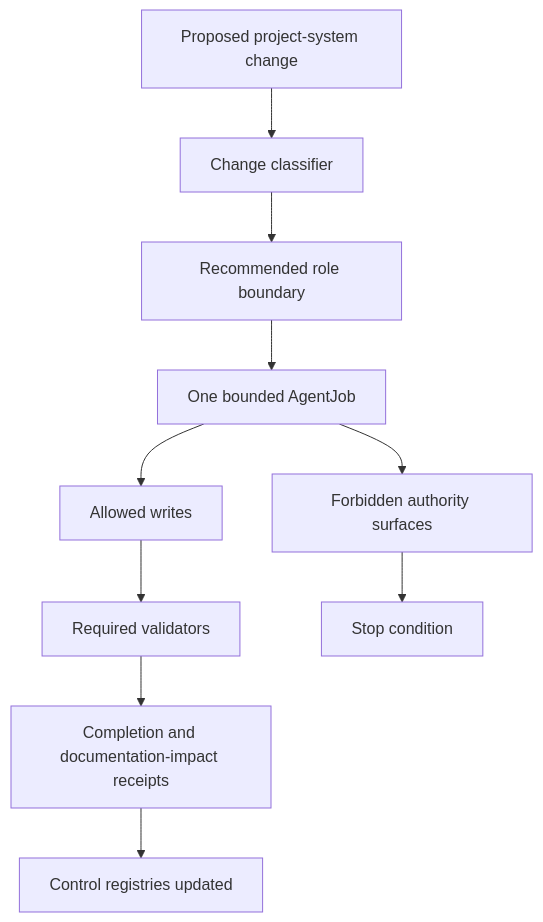
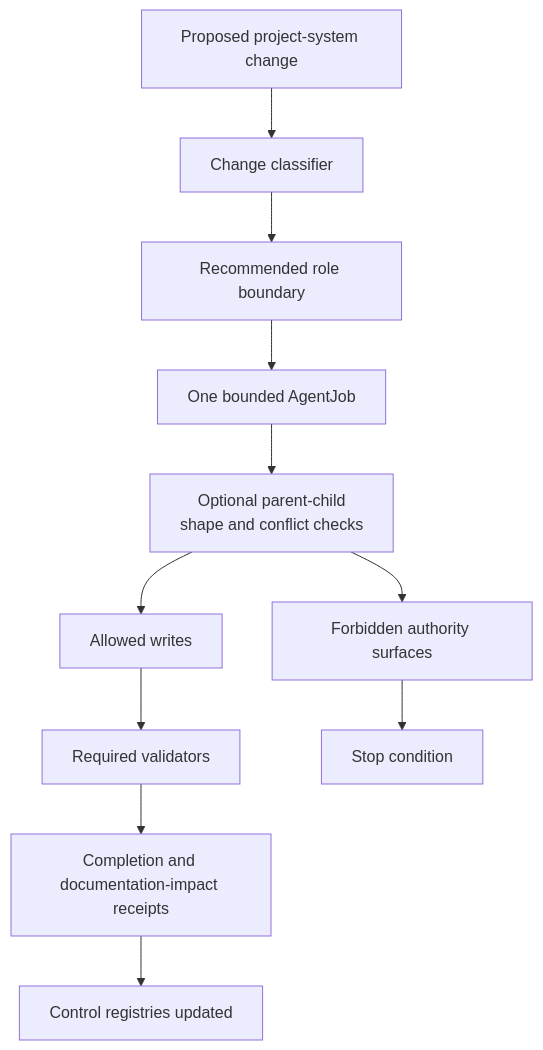
Before and after one commit to AngryOwlAI/The-AEther-Flow: the second of 2 diagrams in github-facing/research-control-system-explainer.md, drawn with Mermaid. The commit also changed other lines of this file and 7 other files, not shown here.

Commit message:
Project system: parent-child research roles

````diff
--- a/github-facing/research-control-system-explainer.md
+++ b/github-facing/research-control-system-explainer.md
@@ -56,12 +57,13 @@
 ```mermaid
 flowchart TD
   Change["Proposed project-system change"] --> Classifier["Change classifier"]
   Classifier --> Role["Recommended role boundary"]
   Role --> Job["One bounded AgentJob"]
-  Job --> Allowed["Allowed writes"]
-  Job --> Forbidden["Forbidden authority surfaces"]
+  Job --> DecompCheck["Optional parent-child<br/>shape and conflict checks"]
+  DecompCheck --> Allowed["Allowed writes"]
+  DecompCheck --> Forbidden["Forbidden authority surfaces"]
   Allowed --> Validators["Required validators"]
   Forbidden --> Stop["Stop condition"]
   Validators --> Receipt["Completion and documentation-impact receipts"]
   Receipt --> Registry["Control registries updated"]
 ```
````
